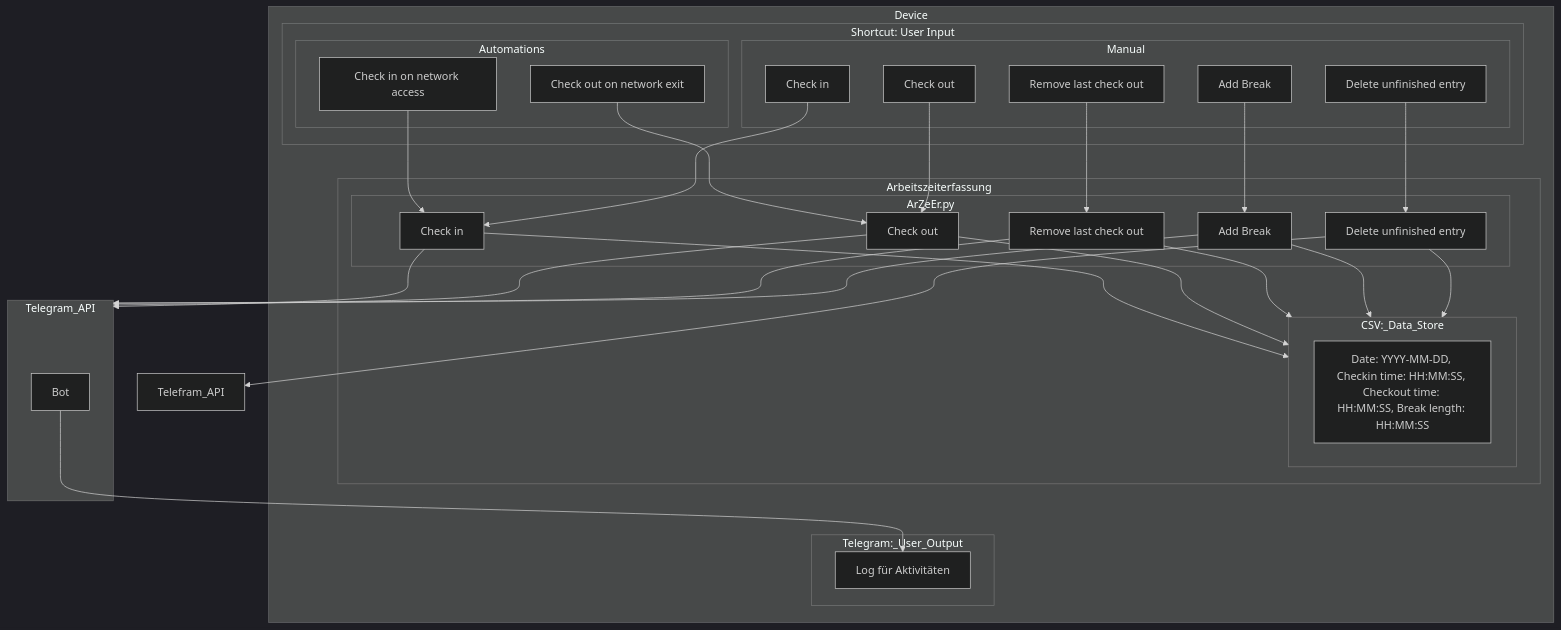
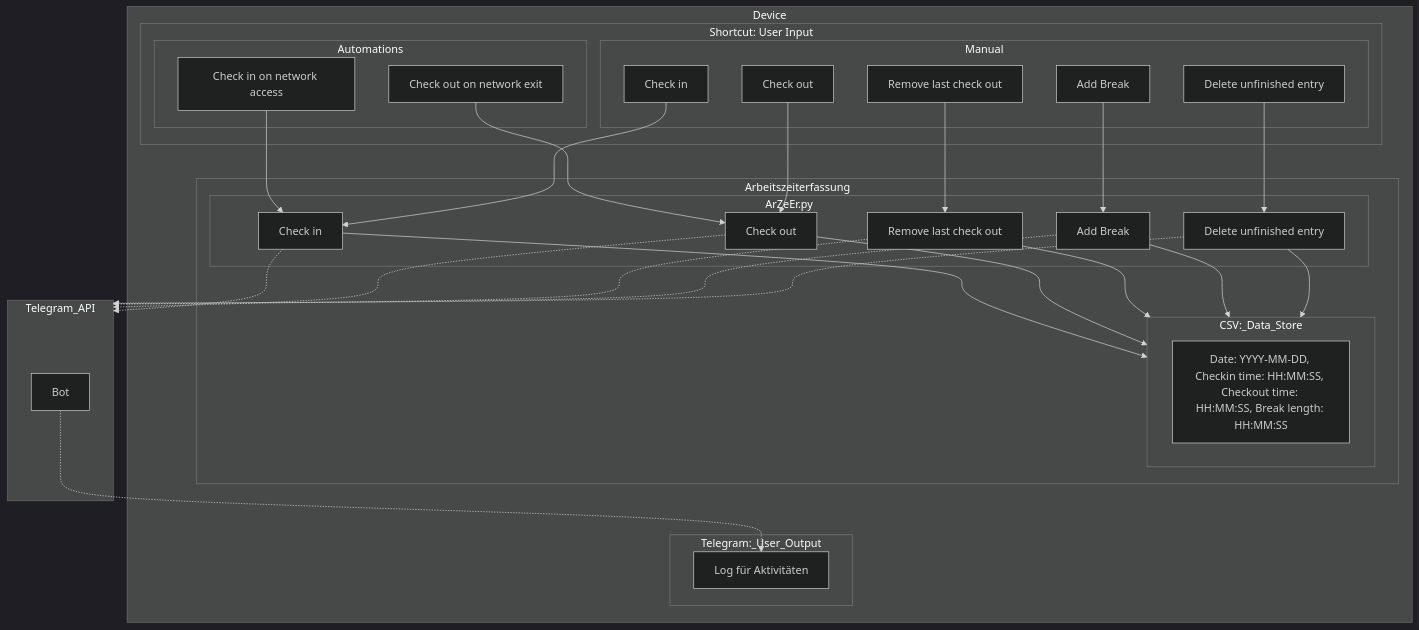
Before and after one commit to Niggulas/ZeEr-ZeitErfassung: the diagram in README.md, drawn with Mermaid (dark theme).

Commit message:
Dotted lines for optional telegram use

````diff
--- a/README.md
+++ b/README.md
@@ -45,71 +45,71 @@
 ```mermaid
 flowchart TB
 
 subgraph Device
 
     subgraph Shortcut: User Input
         subgraph Automations
             Auto1[Check in on network access]
             Auto2[Check out on network exit]
             end
 
         subgraph Manual
             m1[Check in]
             m2[Check out]
             m3[Remove last check out]
             m5[Delete unfinished entry]
 			m4[Add Break]
             end
 
         end
 
     subgraph Arbeitszeiterfassung
 
         subgraph ArZeEr.py
             p1[Check in]
             p2[Check out]
             p3[Remove last check out]
             p5[Delete unfinished entry]
 			p4[Add Break]
             end
 
         subgraph CSV:_Data_Store
             c1[Date: YYYY-MM-DD, Checkin time: HH:MM:SS, Checkout time: HH:MM:SS, Break length: HH:MM:SS]
             end
 
         end
 
     subgraph Telegram:_User_Output
             t[Log für Aktivitäten]
         end
         
     end
 
 subgraph Telegram_API
         ta[Bot]
     end
 
-ta --> t
+ta -.-> t
 
 Auto1 --> p1
 Auto2 --> p2
 
 m1 --> p1
 m2 --> p2
 m3 --> p3
 m4 --> p4
 m5 --> p5
 
 p1 --> CSV:_Data_Store
 p2 --> CSV:_Data_Store
 p3 --> CSV:_Data_Store
 p4 --> CSV:_Data_Store
 p5 --> CSV:_Data_Store
 
-p1 --> Telegram_API
-p2 --> Telegram_API
-p3 --> Telegram_API
-p4 --> Telegram_API
-p5 --> Telefram_API
+p1 -.-> Telegram_API
+p2 -.-> Telegram_API
+p3 -.-> Telegram_API
+p4 -.-> Telegram_API
+p5 -.-> Telegram_API
 
 ```
````
